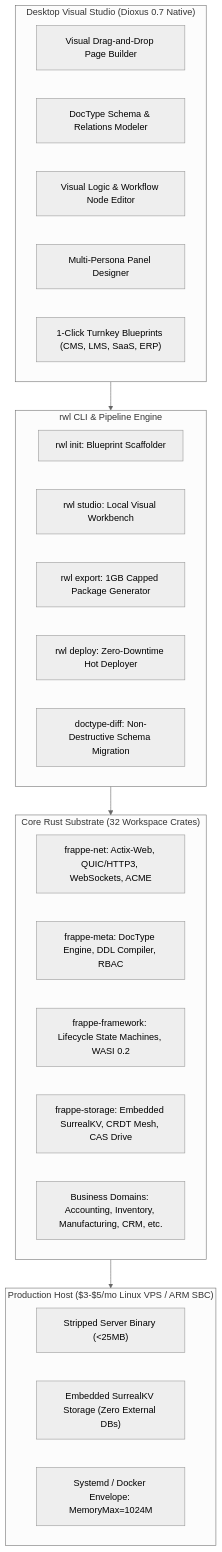
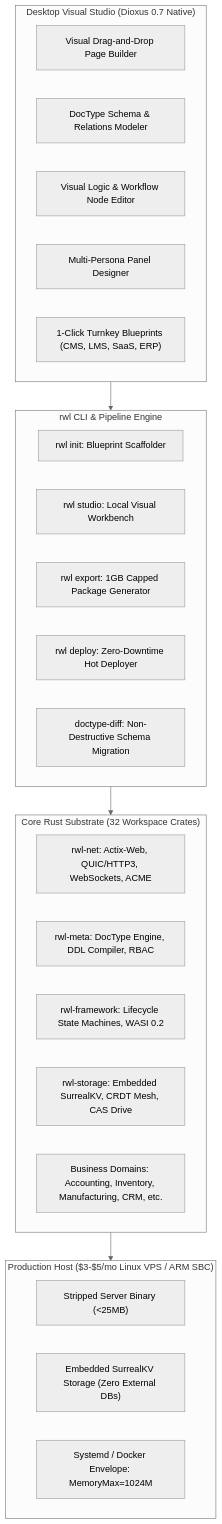
The diagram in docs/architecture.md (FaezBarghasa/ERPNext_Rust), drawn with Mermaid (neutral theme) before and after one commit. The commit also changed other lines of this file and 10 other files, not shown here.

Commit message:
refactor: rename frappe crate and binary references to rwl across documentation and changelog

````diff
--- a/docs/architecture.md
+++ b/docs/architecture.md
@@ -16,36 +16,36 @@
 ```mermaid
 graph TD
     subgraph DesktopStudio["Desktop Visual Studio (Dioxus 0.7 Native)"]
         D1["Visual Drag-and-Drop Page Builder"]
         D2["DocType Schema & Relations Modeler"]
         D3["Visual Logic & Workflow Node Editor"]
         D4["Multi-Persona Panel Designer"]
         D5["1-Click Turnkey Blueprints (CMS, LMS, SaaS, ERP)"]
     end
 
     subgraph RWLTooling["rwl CLI & Pipeline Engine"]
         CLI1["rwl init: Blueprint Scaffolder"]
         CLI2["rwl studio: Local Visual Workbench"]
         CLI3["rwl export: 1GB Capped Package Generator"]
         CLI4["rwl deploy: Zero-Downtime Hot Deployer"]
         CLI5["doctype-diff: Non-Destructive Schema Migration"]
     end
 
     subgraph CorePlatform["Core Rust Substrate (32 Workspace Crates)"]
-        Net["frappe-net: Actix-Web, QUIC/HTTP3, WebSockets, ACME"]
-        Meta["frappe-meta: DocType Engine, DDL Compiler, RBAC"]
-        Frame["frappe-framework: Lifecycle State Machines, WASI 0.2"]
-        Storage["frappe-storage: Embedded SurrealKV, CRDT Mesh, CAS Drive"]
+        Net["rwl-net: Actix-Web, QUIC/HTTP3, WebSockets, ACME"]
+        Meta["rwl-meta: DocType Engine, DDL Compiler, RBAC"]
+        Frame["rwl-framework: Lifecycle State Machines, WASI 0.2"]
+        Storage["rwl-storage: Embedded SurrealKV, CRDT Mesh, CAS Drive"]
         Biz["Business Domains: Accounting, Inventory, Manufacturing, CRM, etc."]
     end
 
     subgraph TargetHost["Production Host ($3-$5/mo Linux VPS / ARM SBC)"]
         VPS1["Stripped Server Binary (<25MB)"]
         VPS2["Embedded SurrealKV Storage (Zero External DBs)"]
         VPS3["Systemd / Docker Envelope: MemoryMax=1024M"]
     end
 
     DesktopStudio --> RWLTooling
     RWLTooling --> CorePlatform
     CorePlatform --> TargetHost
 ```
````
